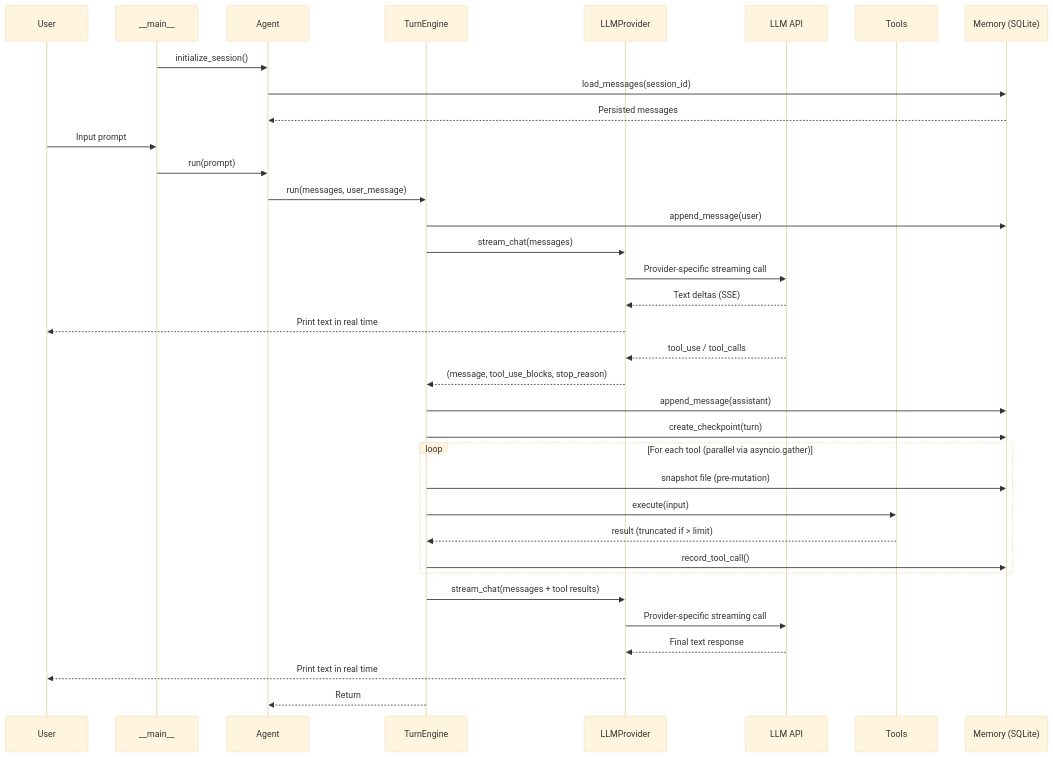
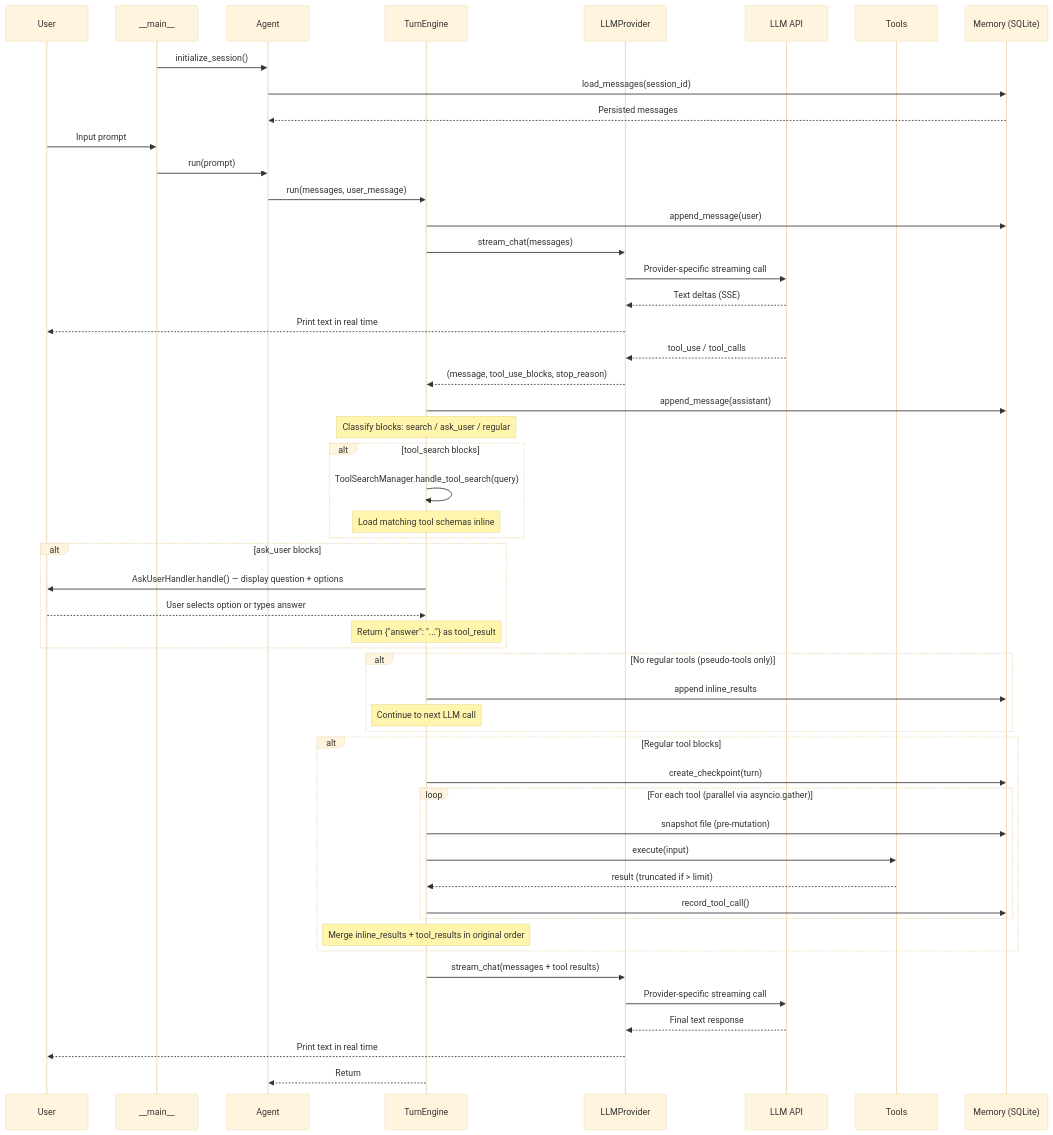
The third of 3 diagrams in documentation/docs/architecture/SAD.md (StephenDenisEdwards/micro-x-agent-loop-python), drawn with Mermaid (base theme) before and after one commit. The commit also changed other lines of this file and 2 other files, not shown here.

First line of the commit message:
docs: update SAD to v3.0 and add architecture diagrams to README

````diff
--- a/documentation/docs/architecture/SAD.md
+++ b/documentation/docs/architecture/SAD.md
@@ -190,42 +235,62 @@
 ```mermaid
 sequenceDiagram
     participant U as User
     participant M as __main__
     participant A as Agent
     participant TE as TurnEngine
     participant P as LLMProvider
     participant API as LLM API
     participant T as Tools
     participant Mem as Memory (SQLite)
 
     M->>A: initialize_session()
     A->>Mem: load_messages(session_id)
     Mem-->>A: Persisted messages
 
     U->>M: Input prompt
     M->>A: run(prompt)
     A->>TE: run(messages, user_message)
     TE->>Mem: append_message(user)
     TE->>P: stream_chat(messages)
     P->>API: Provider-specific streaming call
     API-->>P: Text deltas (SSE)
     P-->>U: Print text in real time
     API-->>P: tool_use / tool_calls
     P-->>TE: (message, tool_use_blocks, stop_reason)
     TE->>Mem: append_message(assistant)
 
-    TE->>Mem: create_checkpoint(turn)
+    Note over TE: Classify blocks: search / ask_user / regular
 
-    loop For each tool (parallel via asyncio.gather)
-        TE->>Mem: snapshot file (pre-mutation)
-        TE->>T: execute(input)
-        T-->>TE: result (truncated if > limit)
-        TE->>Mem: record_tool_call()
+    alt tool_search blocks
+        TE->>TE: ToolSearchManager.handle_tool_search(query)
+        Note over TE: Load matching tool schemas inline
+    end
+
+    alt ask_user blocks
+        TE->>U: AskUserHandler.handle() — display question + options
+        U-->>TE: User selects option or types answer
+        Note over TE: Return {"answer": "..."} as tool_result
+    end
+
+    alt No regular tools (pseudo-tools only)
+        TE->>Mem: append inline_results
+        Note over TE: Continue to next LLM call
+    end
+
+    alt Regular tool blocks
+        TE->>Mem: create_checkpoint(turn)
+        loop For each tool (parallel via asyncio.gather)
+            TE->>Mem: snapshot file (pre-mutation)
+            TE->>T: execute(input)
+            T-->>TE: result (truncated if > limit)
+            TE->>Mem: record_tool_call()
+        end
+        Note over TE: Merge inline_results + tool_results in original order
     end
 
     TE->>P: stream_chat(messages + tool results)
     P->>API: Provider-specific streaming call
     API-->>P: Final text response
     P-->>U: Print text in real time
     TE-->>A: Return
 ```
````
